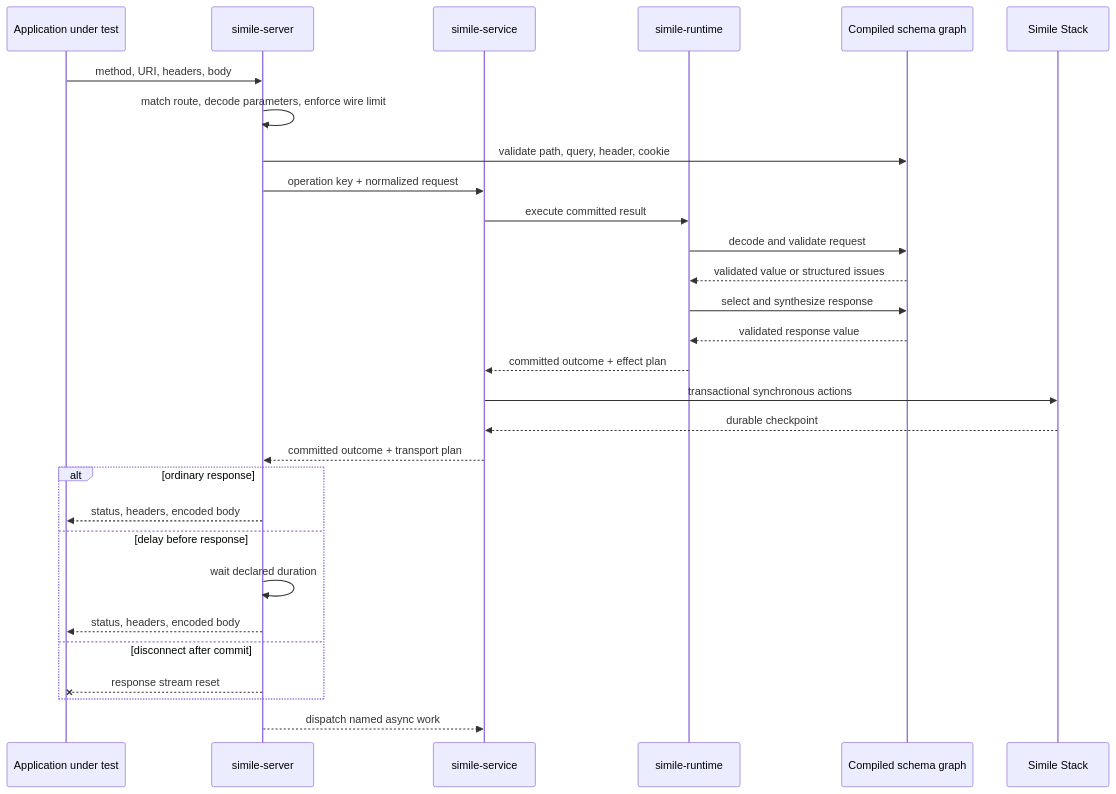
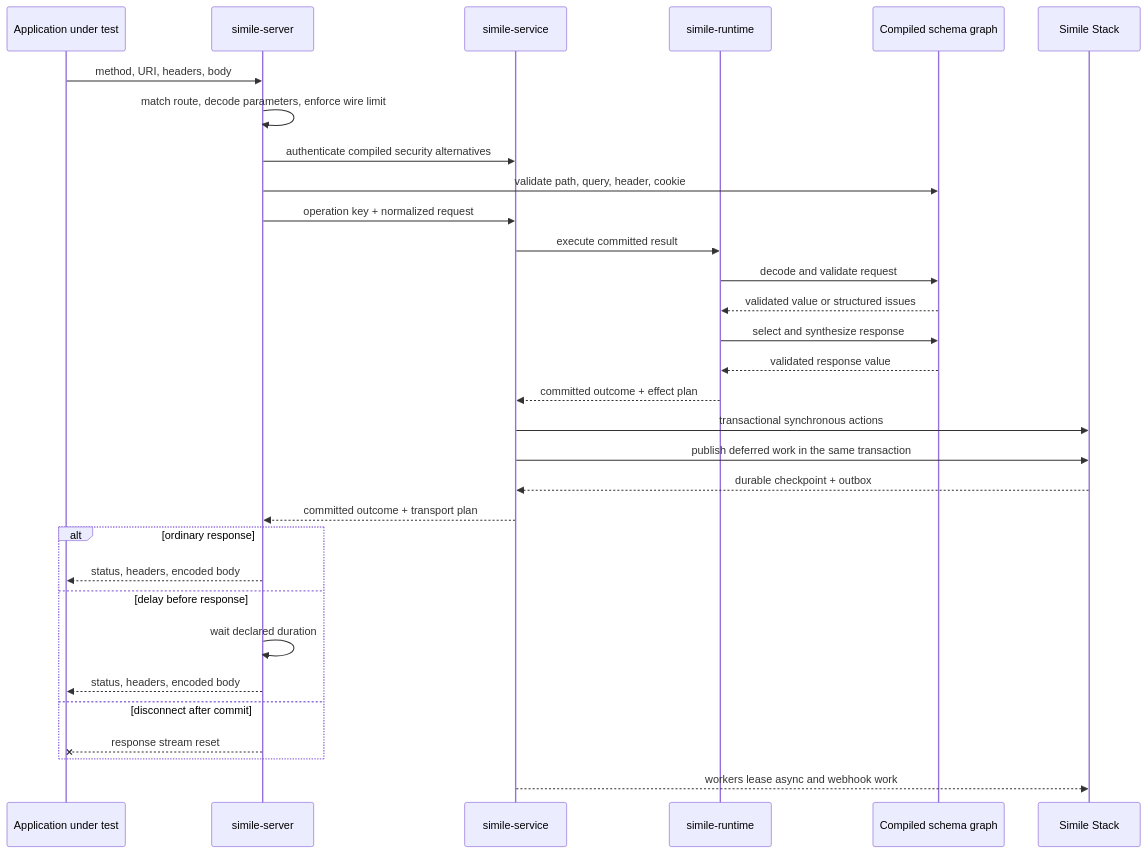
The diagram in docs/http-server.md (inttegro/simile), drawn with Mermaid before and after one commit. The commit also changed 18 other files, not shown here.

````diff
--- a/docs/http-server.md
+++ b/docs/http-server.md
@@ -10,32 +10,34 @@
 ```mermaid
 sequenceDiagram
   participant App as Application under test
   participant HTTP as simile-server
   participant Service as simile-service
   participant Run as simile-runtime
   participant Graph as Compiled schema graph
   participant Stack as Simile Stack
 
   App->>HTTP: method, URI, headers, body
   HTTP->>HTTP: match route, decode parameters, enforce wire limit
+  HTTP->>Service: authenticate compiled security alternatives
   HTTP->>Graph: validate path, query, header, cookie
   HTTP->>Service: operation key + normalized request
   Service->>Run: execute committed result
   Run->>Graph: decode and validate request
   Graph-->>Run: validated value or structured issues
   Run->>Graph: select and synthesize response
   Graph-->>Run: validated response value
   Run-->>Service: committed outcome + effect plan
   Service->>Stack: transactional synchronous actions
-  Stack-->>Service: durable checkpoint
+  Service->>Stack: publish deferred work in the same transaction
+  Stack-->>Service: durable checkpoint + outbox
   Service-->>HTTP: committed outcome + transport plan
   alt ordinary response
     HTTP-->>App: status, headers, encoded body
   else delay before response
     HTTP->>HTTP: wait declared duration
     HTTP-->>App: status, headers, encoded body
   else disconnect after commit
     HTTP--xApp: response stream reset
   end
-  HTTP-->>Service: dispatch named async work
+  Service-->>Stack: workers lease async and webhook work
 ```
````
